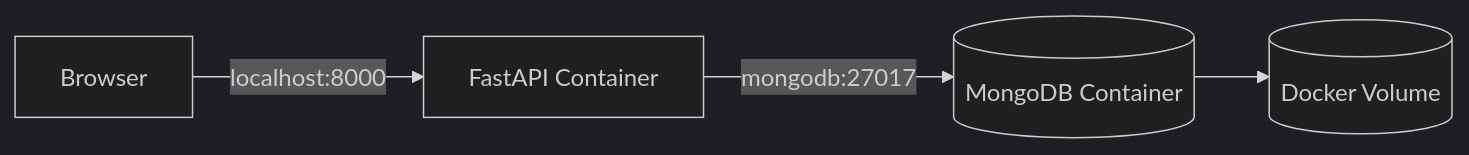
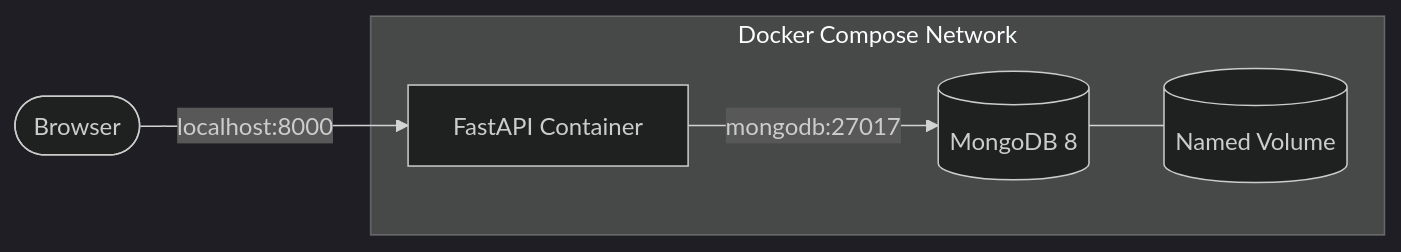
One commit to JakubSx01/Todo_DevOps_project changed the second of 5 diagrams in README.md. Above: the diagram before and after it, drawn with Mermaid (dark theme). The commit also changed other lines of this file, not shown here.

````diff
--- a/README.md
+++ b/README.md
@@ -146,11 +138,9 @@
 ```mermaid
 flowchart LR
-    USER[Browser]
-    APP[FastAPI Container]
-    DB[(MongoDB Container)]
-    VOLUME[(Docker Volume)]
+    B([Browser]) -->|localhost:8000| A["FastAPI Container"]
 
-    USER -->|localhost:8000| APP
-    APP -->|mongodb:27017| DB
-    DB --> VOLUME
+    subgraph NET["Docker Compose Network"]
+        A -->|mongodb:27017| M[("MongoDB 8")]
+        M --- V[("Named Volume")]
+    end
 ```
````
